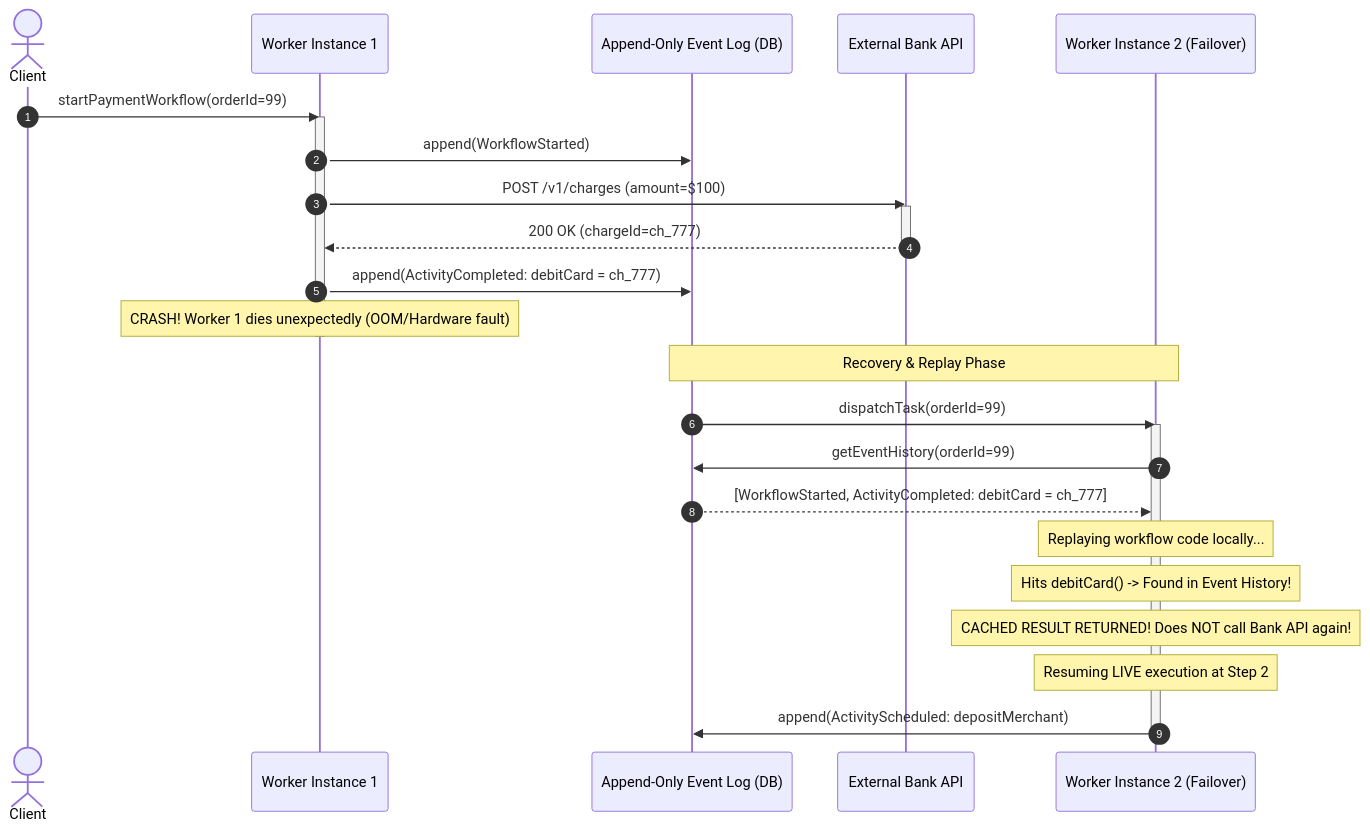
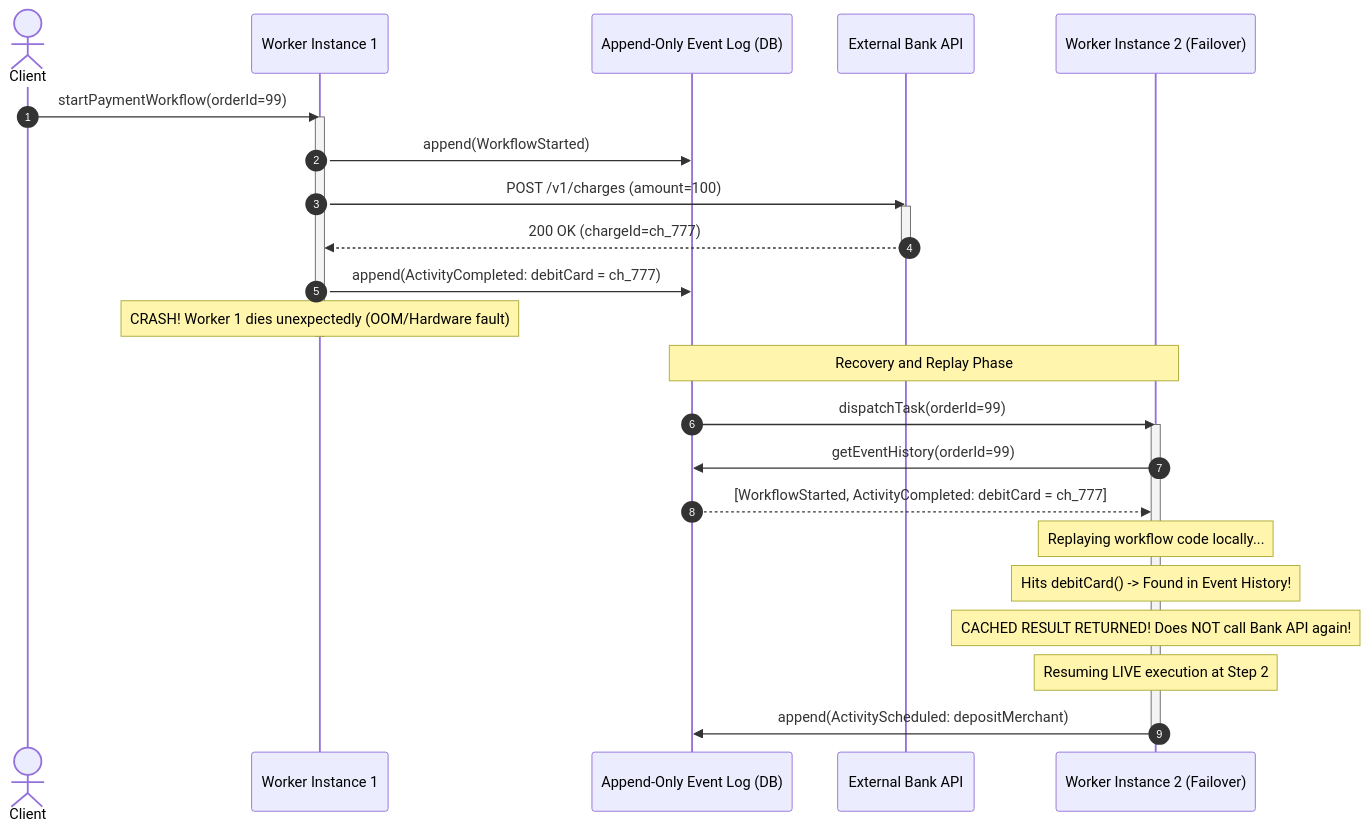
Before and after one commit to 1mimhe/books-summery: the eighth of 8 diagrams in 01 Designing Data-Intensive Applications/chapter-05-encoding-and-evolution.md, drawn with Mermaid. The commit also changed other lines of this file and 1 other file, not shown here.

````diff
--- a/01 Designing Data-Intensive Applications/chapter-05-encoding-and-evolution.md
+++ b/01 Designing Data-Intensive Applications/chapter-05-encoding-and-evolution.md
@@ -488,35 +384,30 @@
 ```mermaid
 sequenceDiagram
   autonumber
   actor User as Client
   participant W1 as Worker Instance 1
   participant EventLog as Append-Only Event Log (DB)
   participant Bank as External Bank API
   participant W2 as Worker Instance 2 (Failover)
-
   User->>W1: startPaymentWorkflow(orderId=99)
   activate W1
   W1->>EventLog: append(WorkflowStarted)
-  W1->>Bank: POST /v1/charges (amount=$100)
+  W1->>Bank: POST /v1/charges (amount=100)
   activate Bank
   Bank-->>W1: 200 OK (chargeId=ch_777)
   deactivate Bank
   W1->>EventLog: append(ActivityCompleted: debitCard = ch_777)
-
   Note over W1: CRASH! Worker 1 dies unexpectedly (OOM/Hardware fault)
   deactivate W1
-
-  Note over EventLog,W2: Recovery & Replay Phase
+  Note over EventLog,W2: Recovery and Replay Phase
   EventLog->>W2: dispatchTask(orderId=99)
   activate W2
   W2->>EventLog: getEventHistory(orderId=99)
   EventLog-->>W2: [WorkflowStarted, ActivityCompleted: debitCard = ch_777]
-
   Note over W2: Replaying workflow code locally...
   Note over W2: Hits debitCard() -> Found in Event History!
   Note over W2: CACHED RESULT RETURNED! Does NOT call Bank API again!
-
   Note over W2: Resuming LIVE execution at Step 2
   W2->>EventLog: append(ActivityScheduled: depositMerchant)
   deactivate W2
 ```
````
